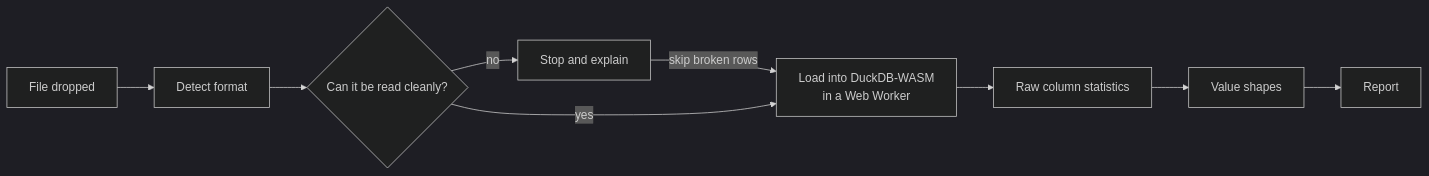
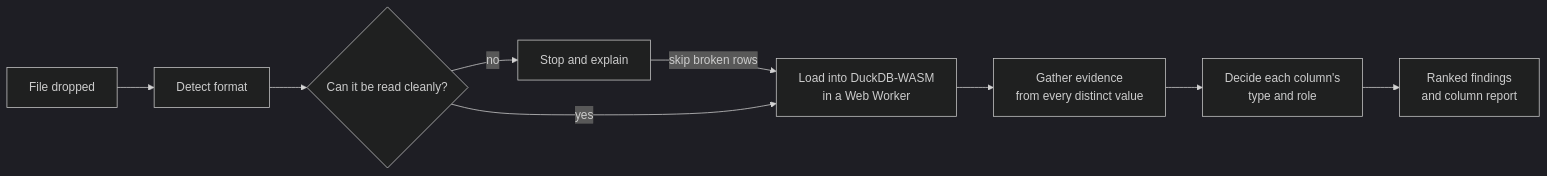
One commit to NanaYawJr/dataset-detective changed the diagram in README.md. Above: the diagram before and after it, drawn with Mermaid (dark theme). The commit also changed other lines of this file and 20 other files, not shown here.

Commit message:
Show column decisions and ranked findings (v0.2.0)

````diff
--- a/README.md
+++ b/README.md
@@ -53,11 +58,11 @@
 ```mermaid
 flowchart LR
   A[File dropped] --> B[Detect format]
   B --> C{Can it be read cleanly?}
   C -- no --> D[Stop and explain]
   D -- skip broken rows --> E
   C -- yes --> E[Load into DuckDB-WASM<br/>in a Web Worker]
-  E --> F[Raw column statistics]
-  F --> G[Value shapes]
-  G --> H[Report]
+  E --> F[Gather evidence<br/>from every distinct value]
+  F --> G[Decide each column's<br/>type and role]
+  G --> H[Ranked findings<br/>and column report]
 ```
````
